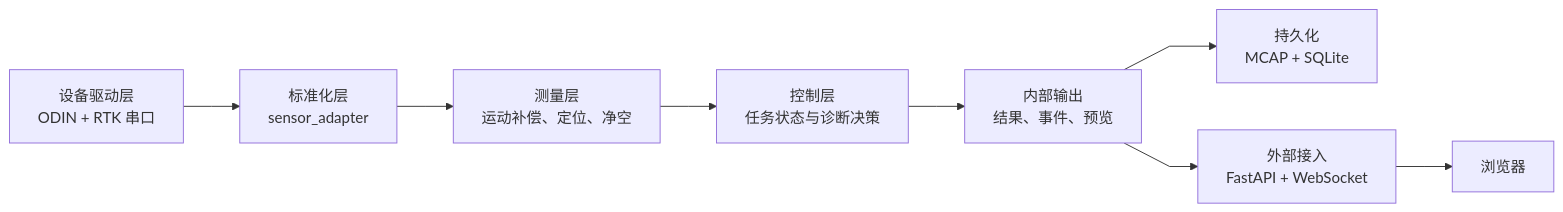
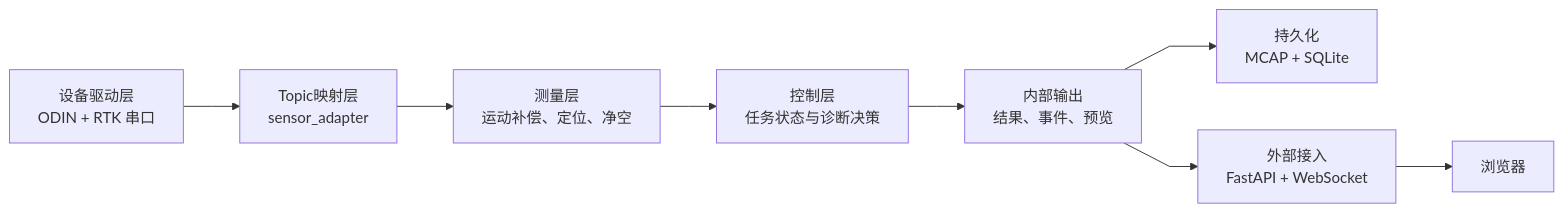
Before and after one commit to chuan126/capture_system: the second of 3 diagrams in docs/architecture/system_architecture.md, drawn with Mermaid. The commit also changed other lines of this file and 13 other files, not shown here.

````diff
--- a/docs/architecture/system_architecture.md
+++ b/docs/architecture/system_architecture.md
@@ -56,16 +56,16 @@
 ```mermaid
 %%{init: {"flowchart": {"curve": "linear", "nodeSpacing": 50, "rankSpacing": 60}}}%%
 flowchart LR
     DRIVER["设备驱动层\nODIN + RTK 串口"]
-    ADAPTER["标准化层\nsensor_adapter"]
+    ADAPTER["Topic映射层\nsensor_adapter"]
     ALGO["测量层\n运动补偿、定位、净空"]
     CONTROL["控制层\n任务状态与诊断决策"]
     OUTPUT["内部输出\n结果、事件、预览"]
     RECORD["持久化\nMCAP + SQLite"]
     API["外部接入\nFastAPI + WebSocket"]
     UI["浏览器"]
 
     DRIVER --> ADAPTER --> ALGO --> CONTROL --> OUTPUT
     OUTPUT --> RECORD
     OUTPUT --> API --> UI
 ```
````
